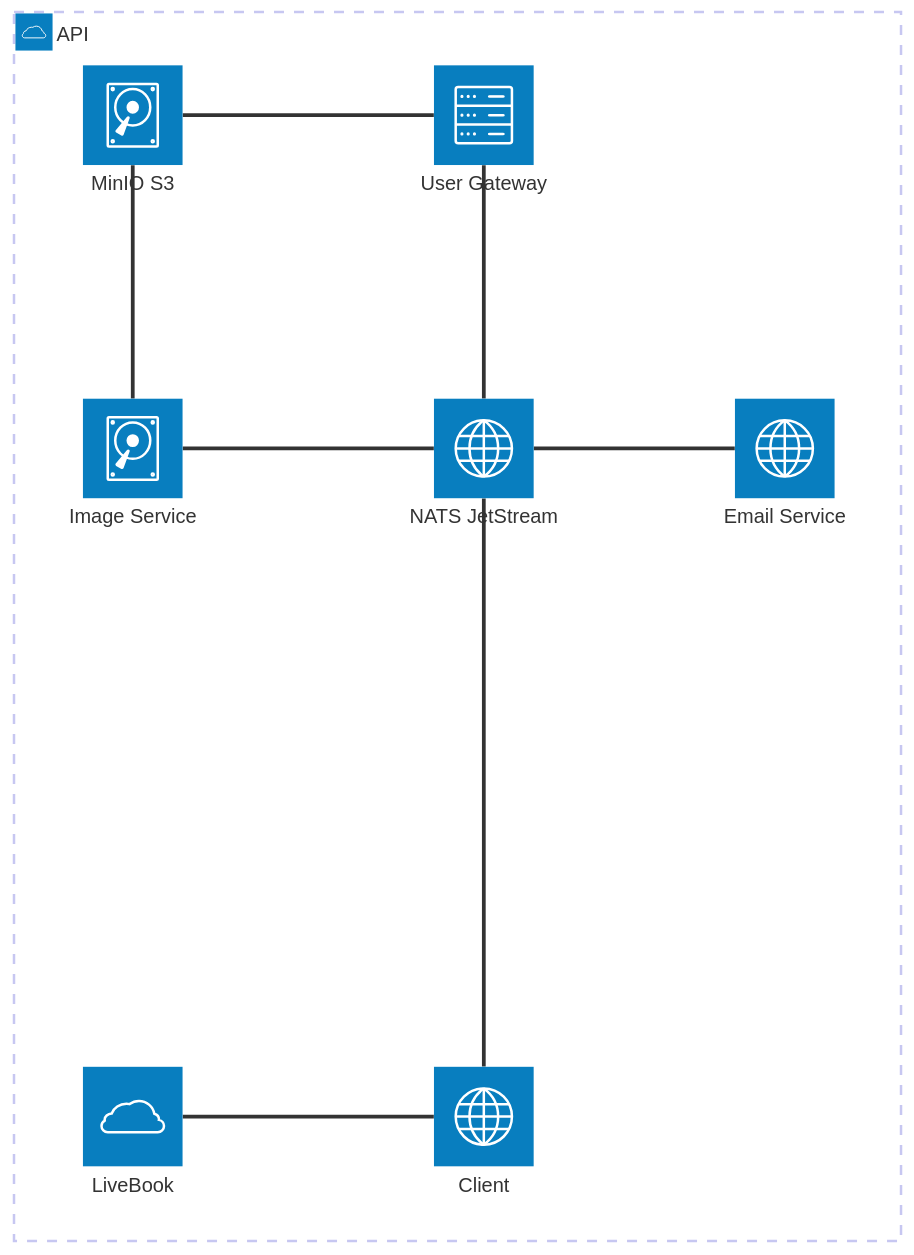
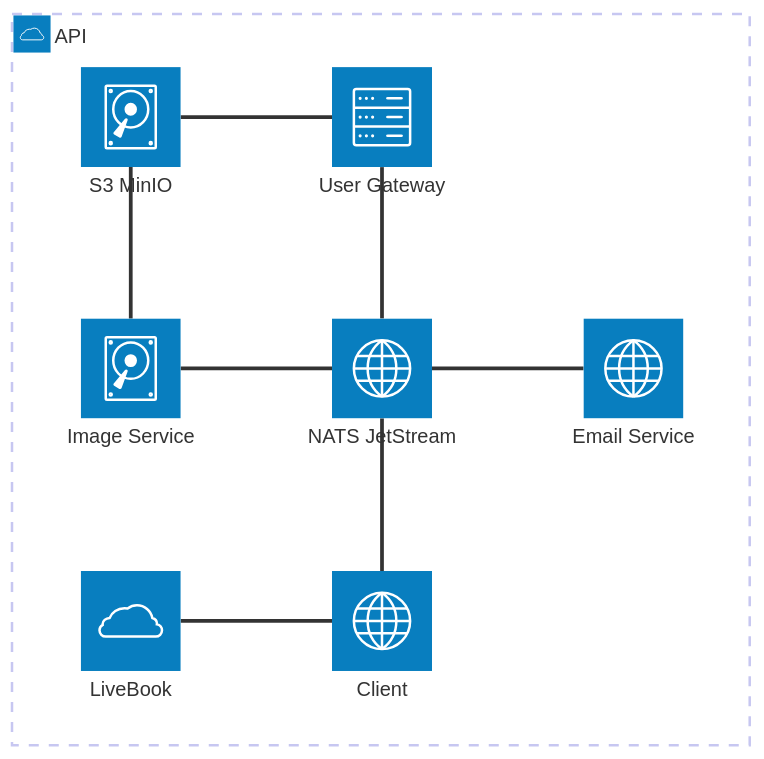
The first of 8 diagrams in README.md (dwyl/learn-elixir-microservices-with-natsio-and-opentelemetry), drawn with Mermaid before and after one commit. The commit also changed other lines of this file and 6 other files, not shown here.

````diff
--- a/README.md
+++ b/README.md
@@ -177,19 +190,19 @@
 ```mermaid
 architecture-beta
-    service lvb(cloud)[LiveBook]
     group api(cloud)[API]
+    service lvb(cloud)[LiveBook] in api
     service nats(internet)[NATS JetStream] in api
     service client(internet)[Client] in api
-    service s3(disk)[MinIO S3] in api
+    service s3(disk)[S3 MinIO] in api
     service user(server)[User Gateway] in api
     service email(internet)[Email Service] in api
     service image(disk)[Image Service] in api
 
     lvb:R -- L:client
     client:T -- B:nats
     image:R -- L:nats
     email:L -- R:nats
     nats:T -- B:user
     s3:R -- L:user
     image:T -- B:s3
 ```
````
